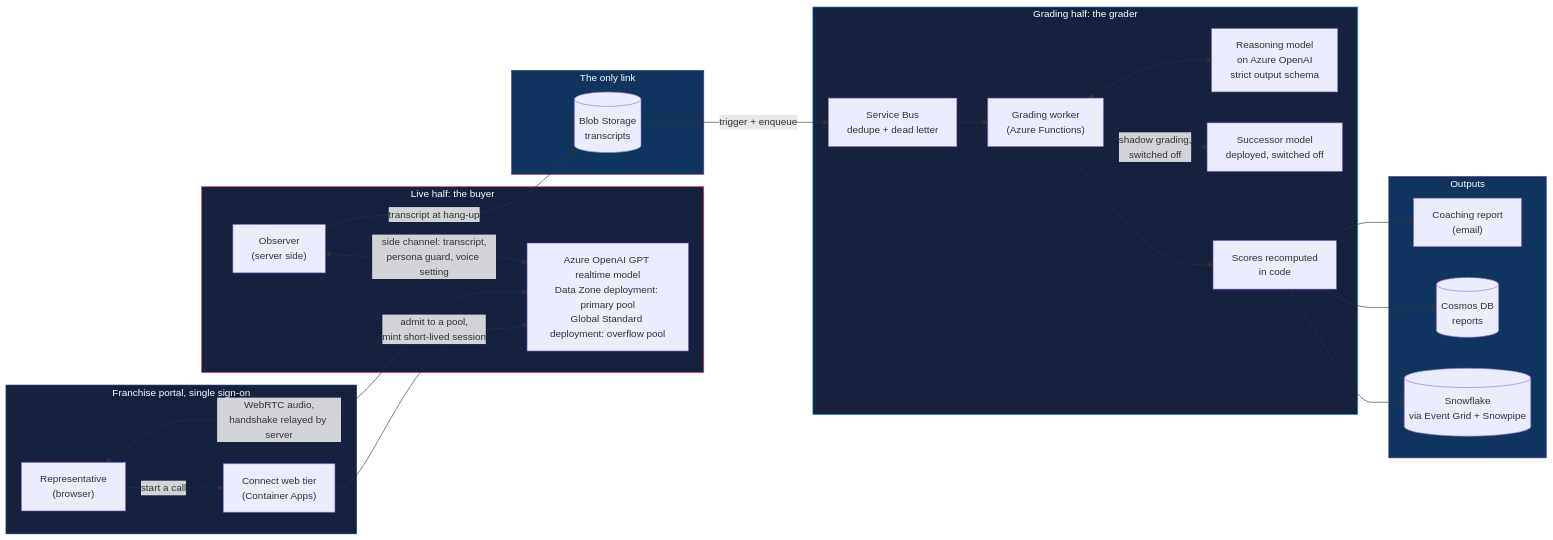
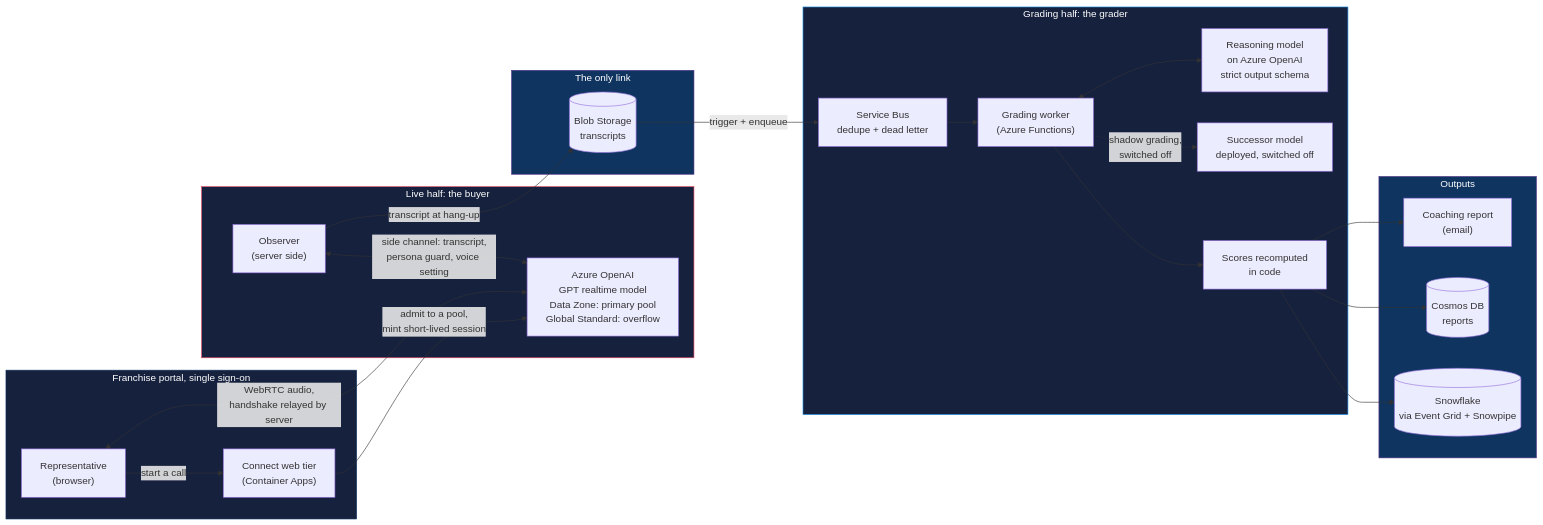
Before and after one commit to AIJSAI/connect-voice-ai-showcase: the diagram in README.md, drawn with Mermaid.

Commit message:
docs: shorten the realtime node label in the README diagram

````diff
--- a/README.md
+++ b/README.md
@@ -33,50 +33,50 @@
 ```mermaid
 flowchart LR
     subgraph Portal["Franchise portal, single sign-on"]
         Rep["Representative<br/>(browser)"]
         Web["Connect web tier<br/>(Container Apps)"]
     end
 
     subgraph Live["Live half: the buyer"]
-        RT["Azure OpenAI GPT realtime model<br/>Data Zone deployment: primary pool<br/>Global Standard deployment: overflow pool"]
+        RT["Azure OpenAI<br/>GPT realtime model<br/>Data Zone: primary pool<br/>Global Standard: overflow"]
         Obs["Observer<br/>(server side)"]
     end
 
     subgraph Store["The only link"]
         Blob[("Blob Storage<br/>transcripts")]
     end
 
     subgraph Grade["Grading half: the grader"]
         Q["Service Bus<br/>dedupe + dead letter"]
         G["Grading worker<br/>(Azure Functions)"]
         LLM["Reasoning model<br/>on Azure OpenAI<br/>strict output schema"]
         Next["Successor model<br/>deployed, switched off"]
         Calc["Scores recomputed<br/>in code"]
     end
 
     subgraph Out["Outputs"]
         Mail["Coaching report<br/>(email)"]
         DB[("Cosmos DB<br/>reports")]
         SF[("Snowflake<br/>via Event Grid + Snowpipe")]
     end
 
     Rep -->|start a call| Web
     Web -->|admit to a pool,<br/>mint short-lived session| RT
     Rep <-->|WebRTC audio,<br/>handshake relayed by server| RT
     Obs <-->|side channel: transcript,<br/>persona guard, voice setting| RT
     Obs -->|transcript at hang-up| Blob
     Blob -->|trigger + enqueue| Q
     Q --> G
     G <--> LLM
     G -.->|shadow grading,<br/>switched off| Next
     G --> Calc
     Calc --> Mail
     Calc --> DB
     Calc --> SF
 
     style Portal fill:#16213e,stroke:#0f3460,color:#fff
     style Live fill:#16213e,stroke:#e94560,color:#fff
     style Store fill:#0f3460,stroke:#53348a,color:#fff
     style Grade fill:#16213e,stroke:#2496ED,color:#fff
     style Out fill:#0f3460,stroke:#53348a,color:#fff
 ```
````
